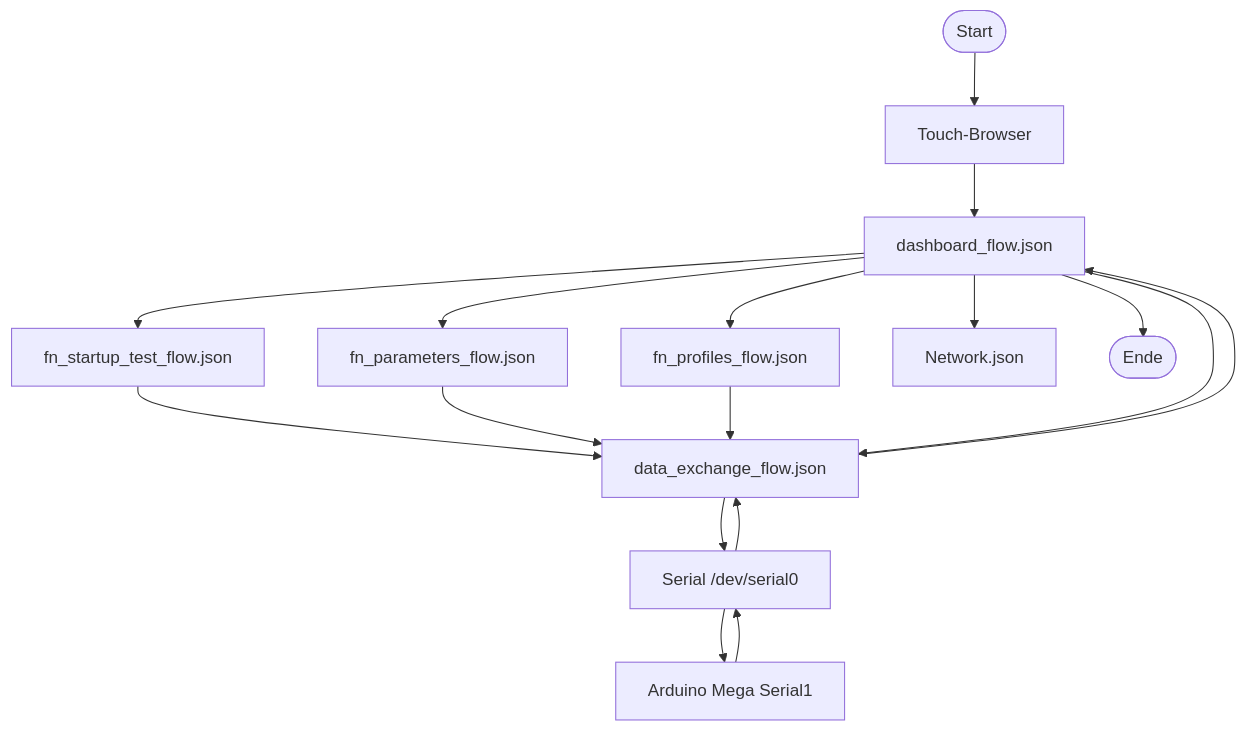
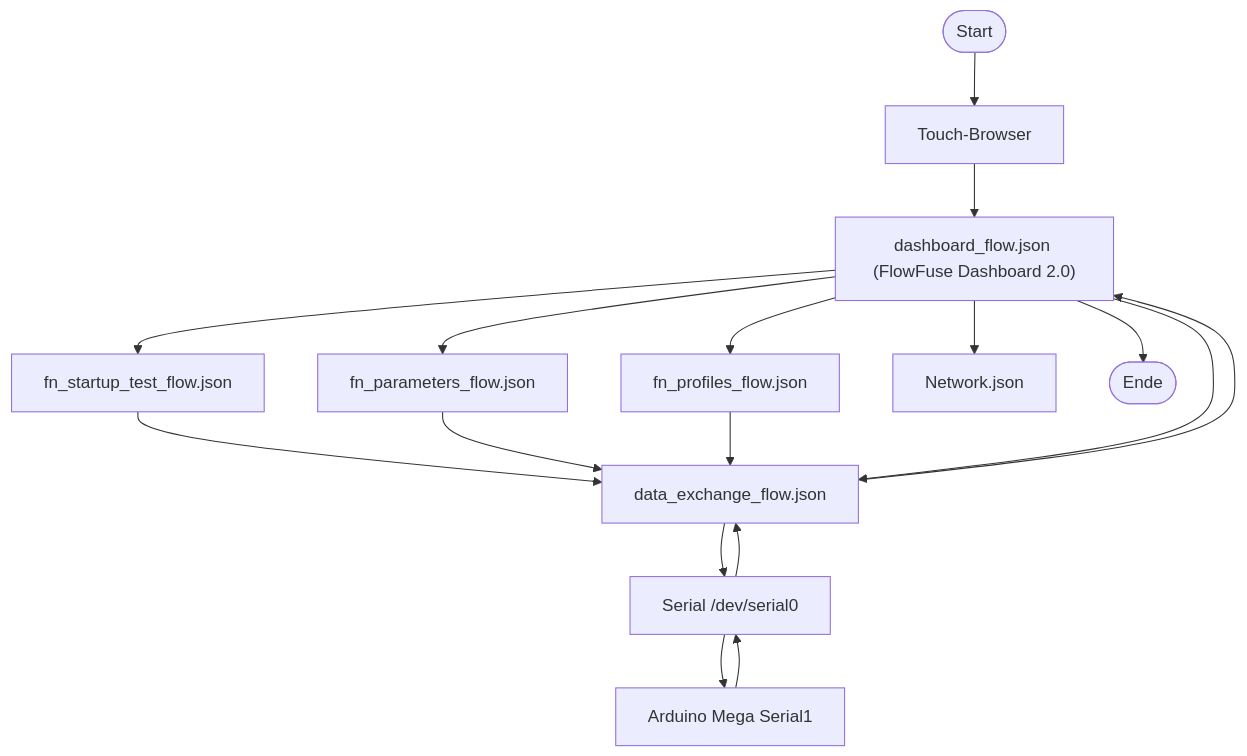
Before and after one commit to HerrnDK/Projekt: the first of 22 diagrams in PROJEKT_ARCHITEKTUR_PLAN.md, drawn with Mermaid. The commit also changed other lines of this file and 3 other files, not shown here.

Commit message:
umstellung auf flowfuse

````diff
--- a/PROJEKT_ARCHITEKTUR_PLAN.md
+++ b/PROJEKT_ARCHITEKTUR_PLAN.md
@@ -10,22 +11,22 @@
 ```mermaid
 flowchart TD
   S([Start]) --> B["Touch-Browser"]
-  B --> D["dashboard_flow.json"]
+  B --> D["dashboard_flow.json (FlowFuse Dashboard 2.0)"]
 
   D --> F1["fn_startup_test_flow.json"]
   D --> F2["fn_parameters_flow.json"]
   D --> F3["fn_profiles_flow.json"]
   D --> F4["Network.json"]
 
   F1 --> DX["data_exchange_flow.json"]
   F2 --> DX
   F3 --> DX
   D --> DX
 
   DX --> U["Serial /dev/serial0"]
   U --> A["Arduino Mega Serial1"]
   A --> U
   U --> DX
   DX --> D
   D --> E([Ende])
 ```
````
